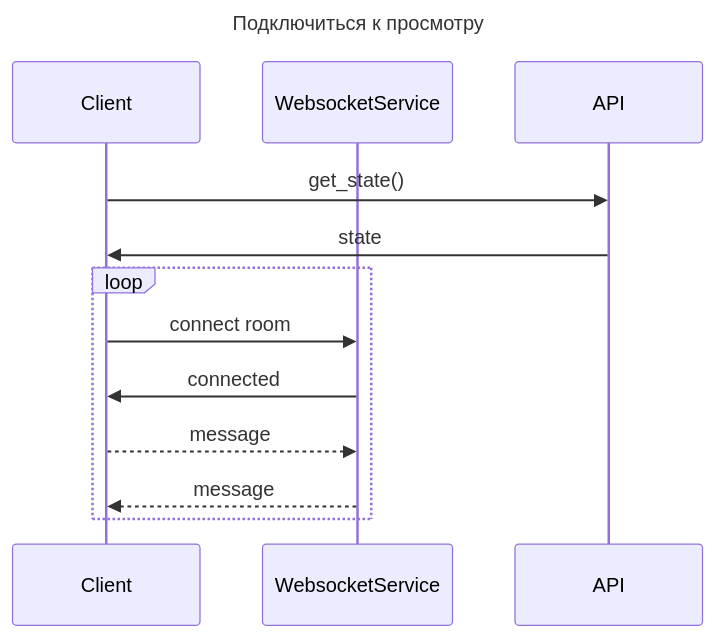
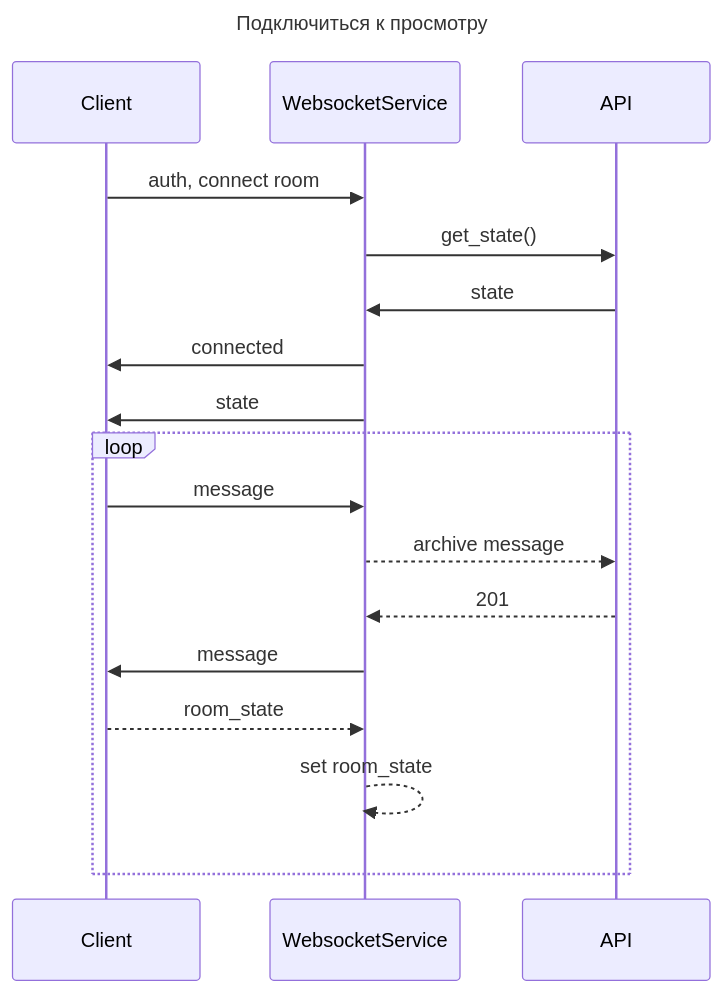
The fourth of 4 diagrams in documentation/architecture/diploma/2023-03-14_services.md (zhovtanovskaya/AlexPunches_Async_API_sprint_1), drawn with Mermaid before and after one commit. The commit also changed other lines of this file, not shown here.

Commit message:
актуализировать схему

````diff
--- a/documentation/architecture/diploma/2023-03-14_services.md
+++ b/documentation/architecture/diploma/2023-03-14_services.md
@@ -71,19 +71,24 @@
 ```mermaid
 ---
 title: Подключиться к просмотру
 ---
 sequenceDiagram
   participant Client
   participant WebsocketService
   participant API
 
-  Client->>API: get_state()
-  API->>Client: state
+  Client->>WebsocketService: auth, connect room
+  WebsocketService->>API: get_state()
+  API->>WebsocketService: state
+  WebsocketService->>Client: connected
+  WebsocketService->>Client: state 
   loop
-    Client->>WebsocketService: connect room
-    WebsocketService->>Client: connected
-    Client-->>WebsocketService: message
-    WebsocketService-->>Client: message
+    Client->>WebsocketService: message
+    WebsocketService-->>API: archive message
+    API-->>WebsocketService: 201
+    WebsocketService->>Client: message
+    Client-->>WebsocketService: room_state
+    WebsocketService-->>WebsocketService: set room_state
   end
 
 ```
````
